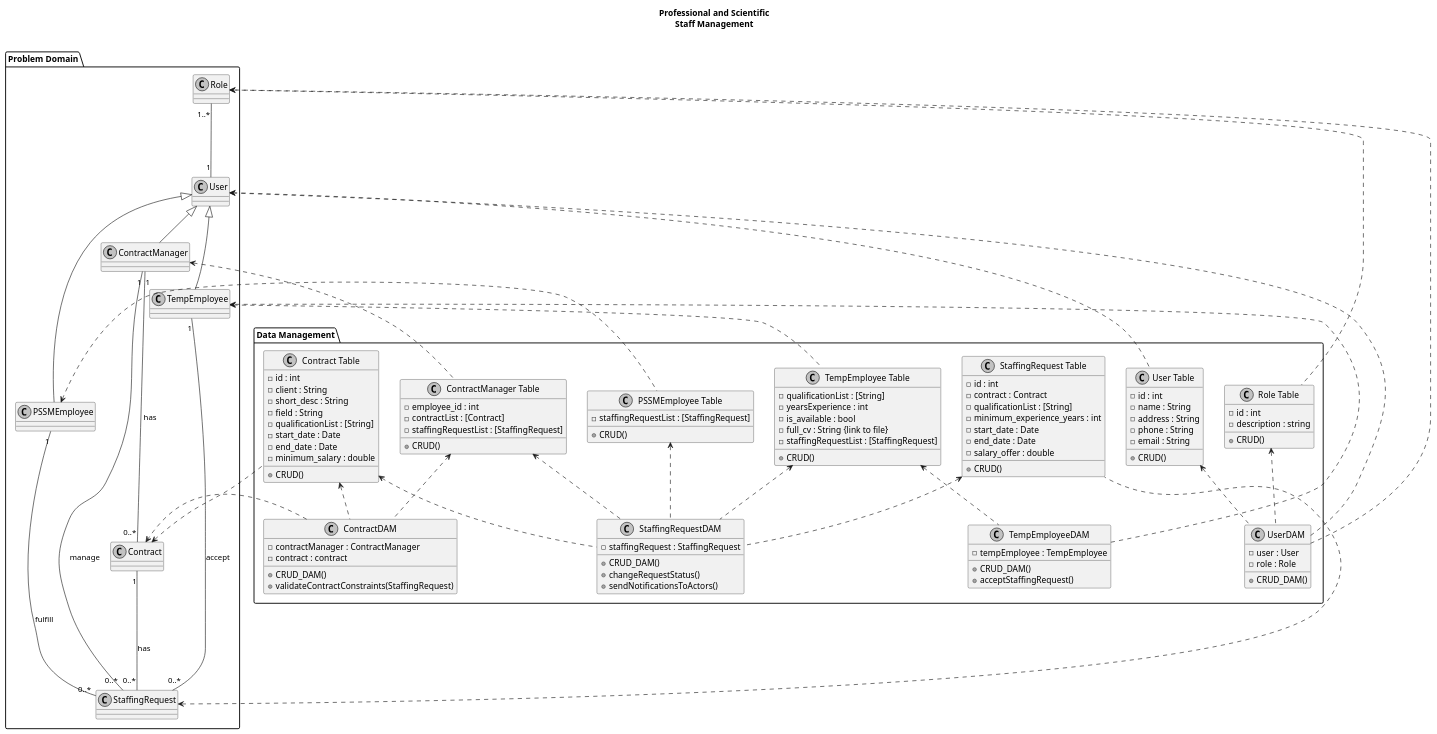
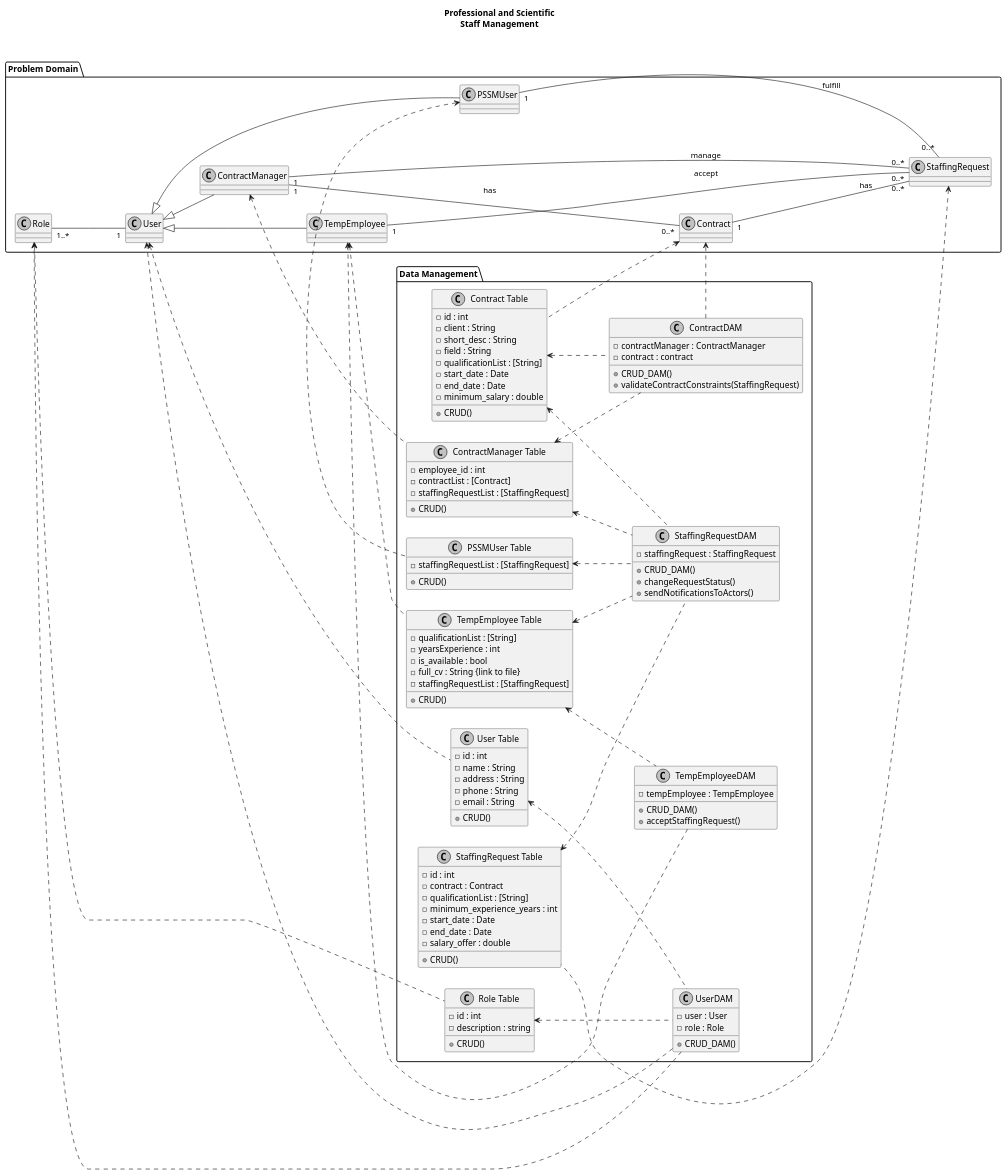
The diagram in Design/DataManagement/pssm_dml.puml (Nuissance/CIS641-capstone), drawn with PlantUML before and after one commit. The commit also changed 3 other files, not shown here.

```diff
--- a/Design/DataManagement/pssm_dml.puml
+++ b/Design/DataManagement/pssm_dml.puml
@@ -1,154 +1,154 @@
 @startuml
-'left to right direction
+left to right direction
 skinparam monochrome true
 title Professional and Scientific\nStaff Management\n
 
 package "Problem Domain" {
   class Role
   class User
   class TempEmployee
-  class PSSMEmployee
+  class PSSMUser
   class ContractManager
   class StaffingRequest
   class Contract
 
 
   Role "1..*" --- "1" User
   User <|-- TempEmployee
-  User <|-- PSSMEmployee
+  User <|-- PSSMUser
   User <|-- ContractManager
-  PSSMEmployee "1" --- "0..*" StaffingRequest : fulfill
+  PSSMUser "1" --- "0..*" StaffingRequest : fulfill
   TempEmployee "1" --- "0..*" StaffingRequest : accept
   ContractManager "1" --- "0..*" StaffingRequest : manage
   ContractManager "1" --- "0..*" Contract : has
   Contract "1" --- "0..*" StaffingRequest : has
 }
 
 '''
 '' CRUD: Create Read Update Delete, Table contains DB
 ''       specific implementation.
 ''
 '' CRUD_DAM: Logic of data manipulation using the DAO
 ''           Classes
 '''
 package "Data Management" {
   class RoleDAO as "Role Table"{
     -id : int
     -description : string
     +CRUD()
   }
   class UserDAO as "User Table"{
     -id : int
     -name : String
     -address : String
     -phone : String
     -email : String
     +CRUD()
   }
   class TempEmployeeDAO as "TempEmployee Table"{
     -qualificationList : [String]
     -yearsExperience : int
     -is_available : bool
     -full_cv : String {link to file}
     -staffingRequestList : [StaffingRequest]
     +CRUD()
   }
-  class PSSMEmployeeDAO as "PSSMEmployee Table"{
+  class PSSMUserDAO as "PSSMUser Table"{
     -staffingRequestList : [StaffingRequest]
     +CRUD()
   }
   class ContractManagerDAO as "ContractManager Table"{
     -employee_id : int
     -contractList : [Contract]
     -staffingRequestList : [StaffingRequest]
     +CRUD()
   }
 
   class StaffingRequestDAO as "StaffingRequest Table"{
     -id : int
     -contract : Contract
     -qualificationList : [String]
     -minimum_experience_years : int
     -start_date : Date
     -end_date : Date
     -salary_offer : double
     +CRUD()
   }
 
   class ContractDAO as "Contract Table"{
     -id : int
     -client : String
     -short_desc : String
     -field : String
     -qualificationList : [String]
     -start_date : Date
     -end_date : Date
     -minimum_salary : double
     +CRUD()
   }
 
   class UserDAM{
     -user : User
     -role : Role
     +CRUD_DAM()
   }
 
   class TempEmployeeDAM{
     -tempEmployee : TempEmployee
     +CRUD_DAM()
     +acceptStaffingRequest()
   }
 
   class StaffingRequestDAM{
     ''-contractManager : ContractManager
-    ''-pssmEmployee : PSSMEmployee
+    ''-PSSMUser : PSSMUser
     ''-tempEmployee : TempEmployee
     ''-contract : Contract
     -staffingRequest : StaffingRequest
     +CRUD_DAM()
     +changeRequestStatus()
     +sendNotificationsToActors()
 
   }
   class ContractDAM{
     -contractManager : ContractManager
     -contract : contract
     +CRUD_DAM()
     +validateContractConstraints(StaffingRequest)
   }
 
 
   RoleDAO  <..  UserDAM
   UserDAO  <..  UserDAM
   UserDAM  ..> User
   UserDAM  ..> Role
 
   TempEmployeeDAO  <..  TempEmployeeDAM
   TempEmployeeDAM  ..>  TempEmployee
 
   TempEmployeeDAO <.. StaffingRequestDAM
-  PSSMEmployeeDAO <.. StaffingRequestDAM
+  PSSMUserDAO <.. StaffingRequestDAM
   StaffingRequestDAO <.. StaffingRequestDAM
   ContractManagerDAO <.. StaffingRequestDAM
   ContractDAO <.. StaffingRequestDAM
 
   ContractManagerDAO <.. ContractDAM
   ContractDAO <.. ContractDAM
   ContractDAM ..> Contract
 
   Role <.. RoleDAO
   hide Role
   User <.. UserDAO
   hide User
   TempEmployee <.. TempEmployeeDAO
   hide TempEmployee
-  PSSMEmployee <.. PSSMEmployeeDAO
-  hide PSSMEmployee
+  PSSMUser <.. PSSMUserDAO
+  hide PSSMUser
   ContractManager <.. ContractManagerDAO
   hide ContractManager
   StaffingRequest <.. StaffingRequestDAO
   hide StaffingRequest
   Contract <.. ContractDAO
   hide Contract
 }
 @enduml
```
